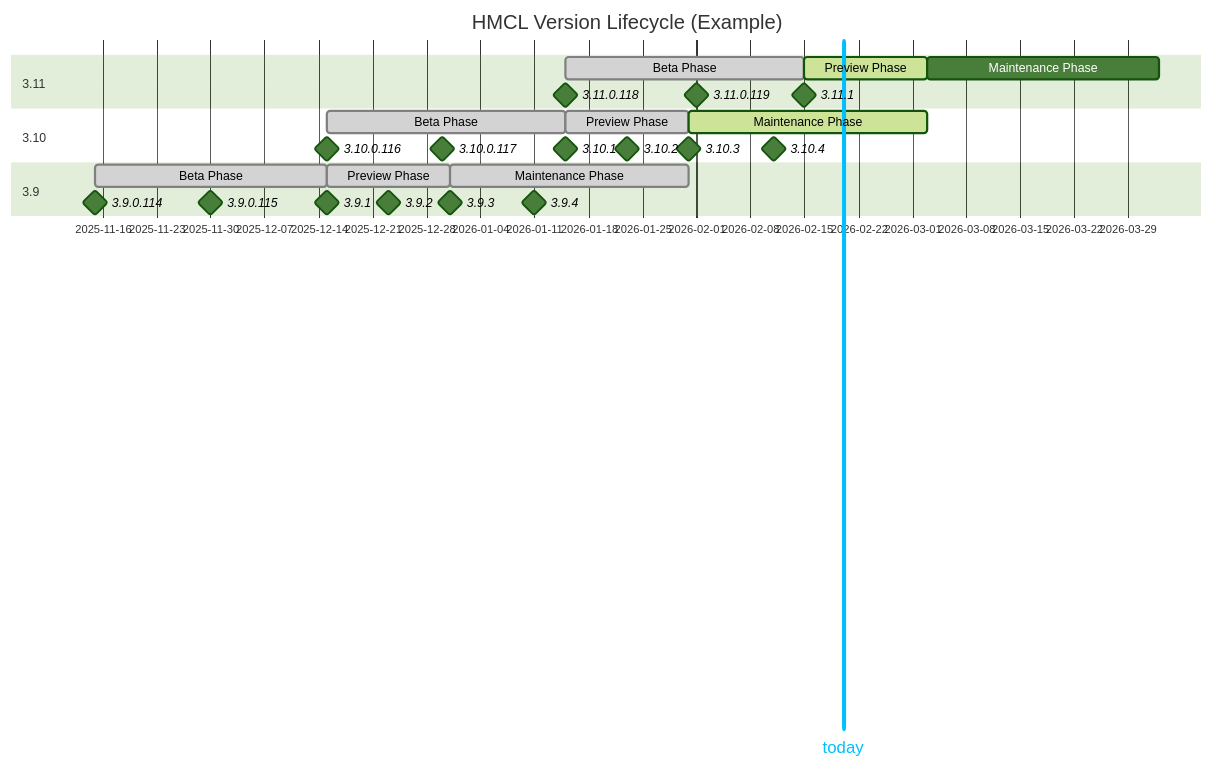
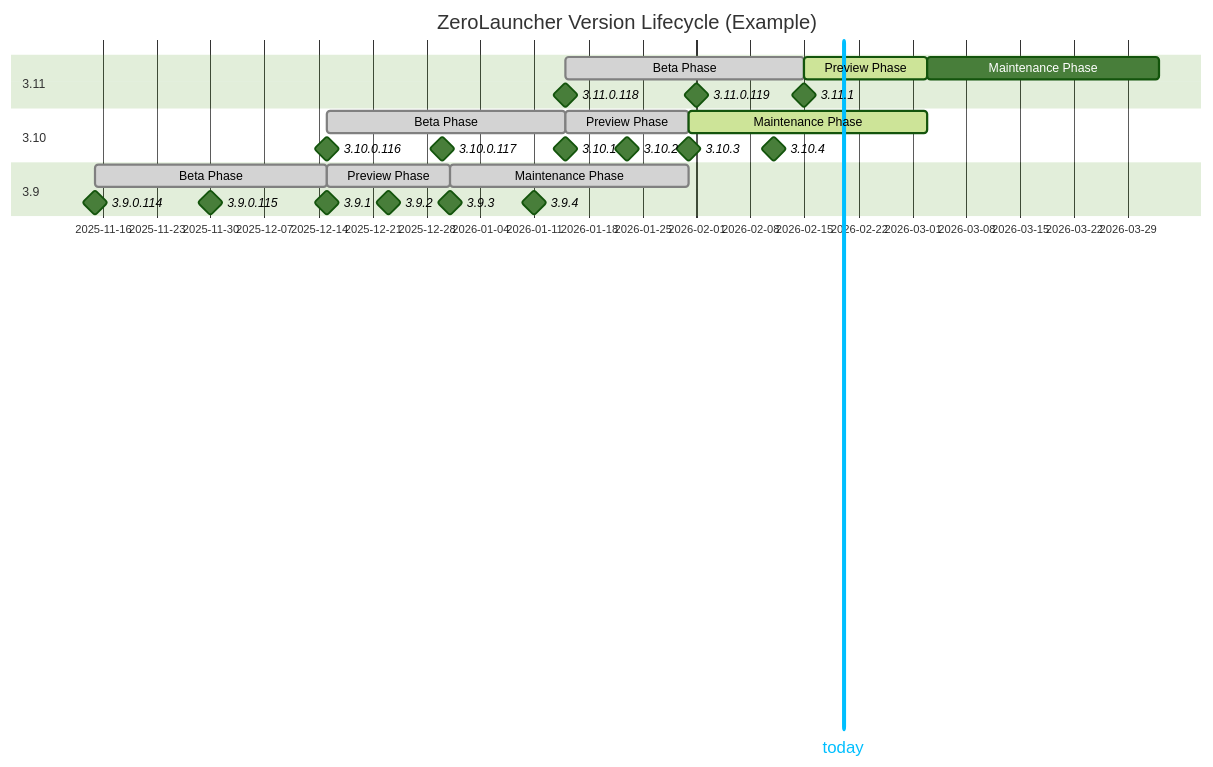
One commit to ZeroLauncherOfficial/ZeroLauncher changed the diagram in docs/ReleaseSchedule.md. Above: the diagram before and after it, drawn with Mermaid (forest theme). The commit also changed other lines of this file and 1949 other files, not shown here.

Commit message:
feat: v1.0.0 - Full ZeroLauncher rebranding (org.zero.launcher), new 32-bit Icon, and Single-File Standalone EXE

````diff
--- a/docs/ReleaseSchedule.md
+++ b/docs/ReleaseSchedule.md
@@ -49,35 +49,35 @@
 ```mermaid
 ---
 displayMode: compact
 ---
 gantt
-    title HMCL Version Lifecycle (Example)
+    title ZeroLauncher Version Lifecycle (Example)
     section 3.11
         today: vert, 2026-02-20, 0d
         Beta Phase: done, c1, after b1, 31d
         Preview Phase: active, c2, after c1, 16d
         Maintenance Phase: c3, after c2, 30d
         3.11.0.118: milestone, after b1, 0d
         3.11.0.119: milestone, 2026-02-01, 0d
         3.11.1: milestone, after c1, 0d
     section 3.10
         Beta Phase: done, b1, after a1, 31d
         Preview Phase: done, b2, after b1, 16d
         Maintenance Phase: active, b3, after b2, 31d
         3.10.0.116: milestone, after a1, 0d
         3.10.0.117: milestone, 2025-12-30, 0d
         3.10.1: milestone, after b1, 0d
         3.10.2: milestone, 2026-01-23, 0d
         3.10.3: milestone, after b2, 0d
         3.10.4: milestone, 2026-02-11, 0d
     section 3.9
         Beta Phase: done, a1, 2025-11-15, 30d
         Preview Phase: done, a2, after a1, 16d
         Maintenance Phase: done, a3, after a2, 31d
         3.9.0.114: milestone, 2025-11-15, 0d
         3.9.0.115: milestone, 2025-11-30, 0d
         3.9.1: milestone, after a1, 0d
         3.9.2: milestone, 2025-12-23, 0d
         3.9.3: milestone, after a2, 0d
         3.9.4: milestone, 2026-01-11, 0d
 ```
````
